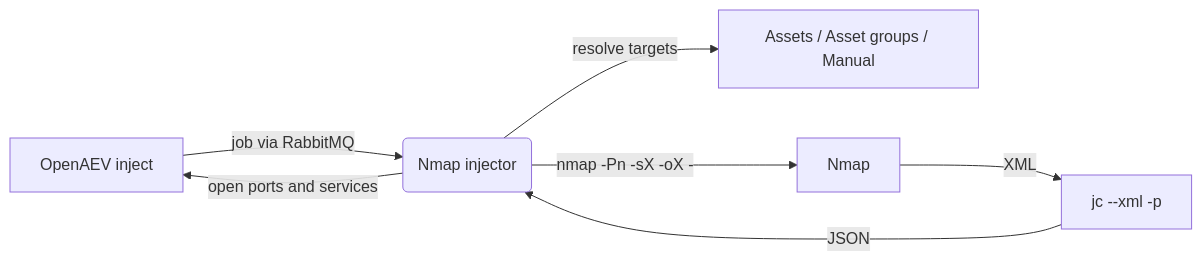
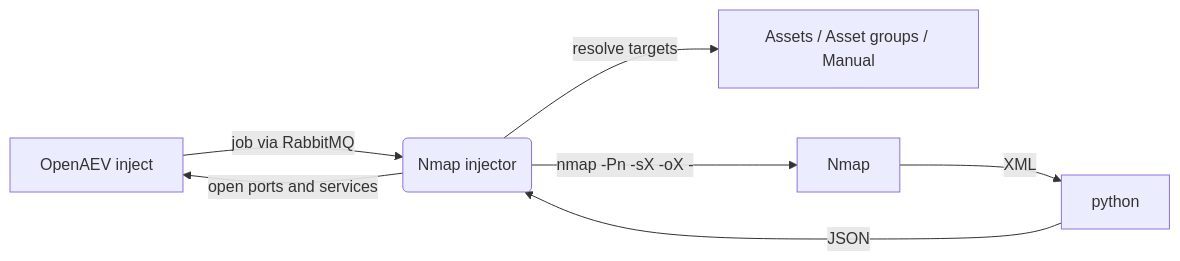
Before and after one commit to OpenAEV-Platform/injectors: the diagram in nmap/README.md, drawn with Mermaid. The commit also changed other lines of this file and 11 other files, not shown here.

````diff
--- a/nmap/README.md
+++ b/nmap/README.md
@@ -141,9 +140,9 @@
 ```mermaid
 flowchart LR
     O[OpenAEV inject] -->|job via RabbitMQ| I(Nmap injector)
     I -->|resolve targets| T[Assets / Asset groups / Manual]
     I -->|nmap -Pn -sX -oX -| N[Nmap]
-    N -->|XML| J[jc --xml -p]
+    N -->|XML| J[python]
     J -->|JSON| I
     I -->|open ports and services| O
 ```
````
